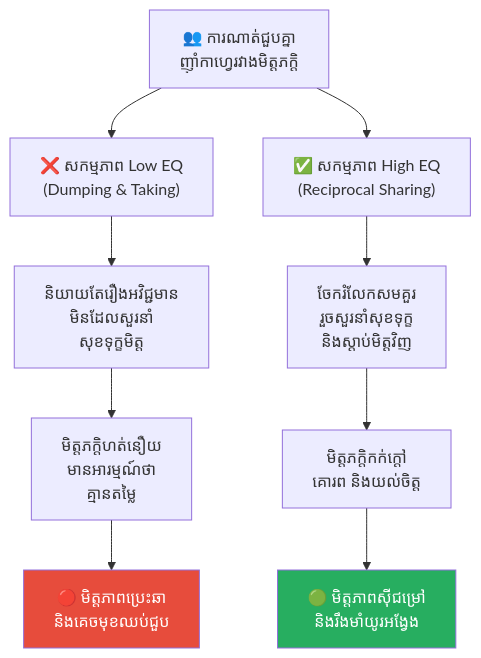
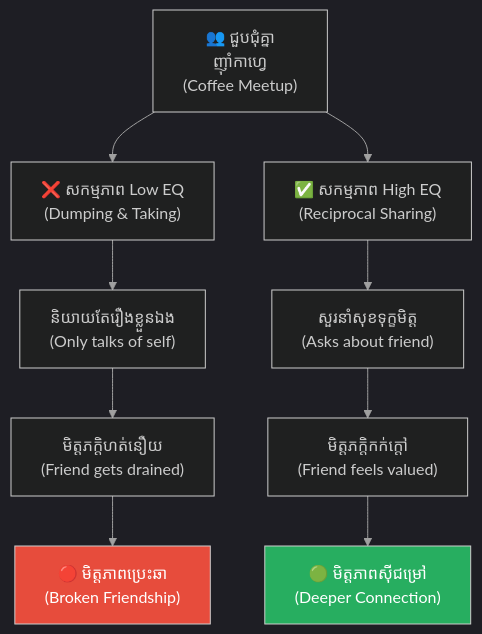
The second of 6 diagrams in feeds/concepts/articles/03-science-of-communication-eq-flaws.md (GuideStack/iblogger-feeds), drawn with Mermaid before and after one commit. The commit also changed other lines of this file, not shown here.

````diff
--- a/feeds/concepts/articles/03-science-of-communication-eq-flaws.md
+++ b/feeds/concepts/articles/03-science-of-communication-eq-flaws.md
@@ -95,16 +156,25 @@
 ```mermaid
+%%{init: {
+  'theme': 'dark',
+  'themeVariables': {
+    'background': '#1e1e1e',
+    'primaryTextColor': '#ffffff',
+    'lineColor': '#a0a0a0'
+  },
+  'themeCSS': 'svg { background-color: #1e1e1e !important; padding: 1rem !important; border-radius: 8px !important; } .edgeLabel rect { fill: #1e1e1e !important; } text, tspan { fill: #ffffff !important; }'
+}}%%
 graph TD
-    A["👥 ការណាត់ជួបគ្នា<br/>ញ៉ាំកាហ្វេរវាងមិត្តភក្តិ"] --> B1["❌ សកម្មភាព Low EQ<br/>(Dumping & Taking)"]
+    A["👥 ជួបជុំគ្នា<br/>ញ៉ាំកាហ្វេ<br/>(Coffee Meetup)"] --> B1["❌ សកម្មភាព Low EQ<br/>(Dumping & Taking)"]
     A --> B2["✅ សកម្មភាព High EQ<br/>(Reciprocal Sharing)"]
     
-    B1 --> C1["និយាយតែរឿងអវិជ្ជមាន<br/>មិនដែលសួរនាំ<br/>សុខទុក្ខមិត្ត"]
-    C1 --> D1["មិត្តភក្តិហត់នឿយ<br/>មានអារម្មណ៍ថា<br/>គ្មានតម្លៃ"]
-    D1 --> E1["🔴 មិត្តភាពប្រេះឆា<br/>និងគេចមុខឈប់ជួប"]
+    B1 --> C1["និយាយតែរឿងខ្លួនឯង<br/>(Only talks of self)"]
+    C1 --> D1["មិត្តភក្តិហត់នឿយ<br/>(Friend gets drained)"]
+    D1 --> E1["🔴 មិត្តភាពប្រេះឆា<br/>(Broken Friendship)"]
     
-    B2 --> C2["ចែករំលែកសមគួរ<br/>រួចសួរនាំសុខទុក្ខ<br/>និងស្តាប់មិត្តវិញ"]
-    C2 --> D2["មិត្តភក្តិកក់ក្តៅ<br/>គោរព និងយល់ចិត្ត"]
-    D2 --> E2["🟢 មិត្តភាពស៊ីជម្រៅ<br/>និងរឹងមាំយូរអង្វែង"]
+    B2 --> C2["សួរនាំសុខទុក្ខមិត្ត<br/>(Asks about friend)"]
+    C2 --> D2["មិត្តភក្តិកក់ក្តៅ<br/>(Friend feels valued)"]
+    D2 --> E2["🟢 មិត្តភាពស៊ីជម្រៅ<br/>(Deeper Connection)"]
 
     style E1 fill:#e74c3c,color:#fff
     style E2 fill:#27ae60,color:#fff
 ```
````
